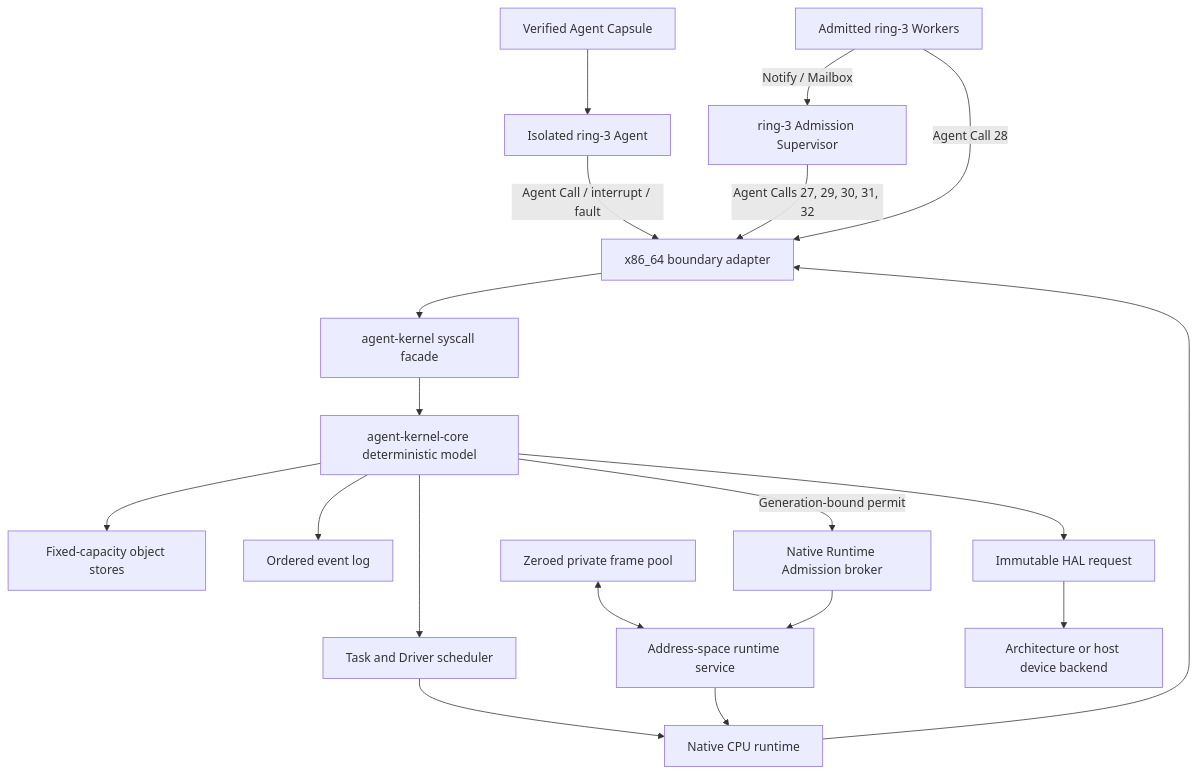
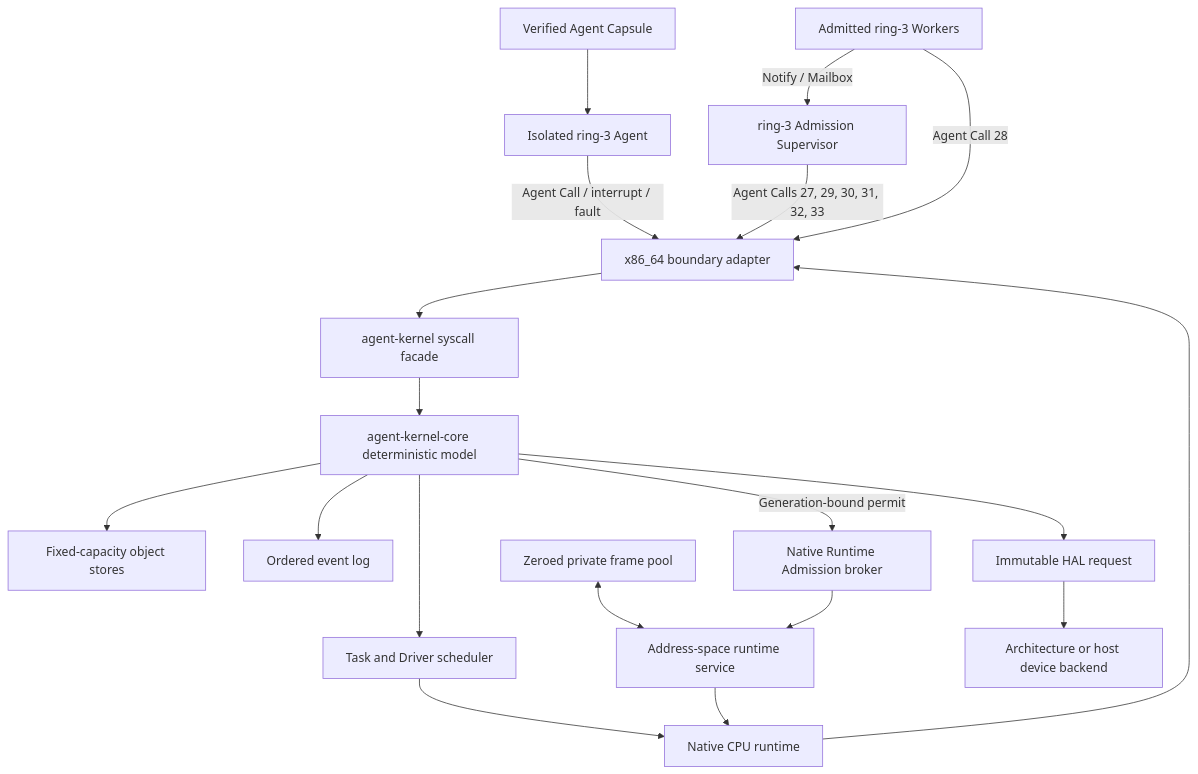
One commit to Evan-master/agent-kernel changed the diagram in README.md. Above: the diagram before and after it, drawn with Mermaid. The commit also changed other lines of this file and 40 other files, not shown here.

````diff
--- a/README.md
+++ b/README.md
@@ -187,21 +196,21 @@
 ```mermaid
 flowchart TB
     Capsule["Verified Agent Capsule"] --> Ring3["Isolated ring-3 Agent"]
     Ring3 -->|"Agent Call / interrupt / fault"| X86["x86_64 boundary adapter"]
     X86 --> Facade["agent-kernel syscall facade"]
     Facade --> Core["agent-kernel-core deterministic model"]
     Core --> Stores["Fixed-capacity object stores"]
     Core --> Events["Ordered event log"]
     Core --> Scheduler["Task and Driver scheduler"]
     Scheduler --> Runtime["Native CPU runtime"]
     Runtime --> X86
     FramePool["Zeroed private frame pool"] <--> AddressService["Address-space runtime service"]
     Broker["Native Runtime Admission broker"] --> AddressService
     Core -->|"Generation-bound permit"| Broker
     AddressService --> Runtime
     Core --> HAL["Immutable HAL request"]
     HAL --> Device["Architecture or host device backend"]
-    Supervisor["ring-3 Admission Supervisor"] -->|"Agent Calls 27, 29, 30, 31, 32"| X86
+    Supervisor["ring-3 Admission Supervisor"] -->|"Agent Calls 27, 29, 30, 31, 32, 33"| X86
     Workers["Admitted ring-3 Workers"] -->|"Agent Call 28"| X86
     Workers -->|"Notify / Mailbox"| Supervisor
 ```
````
